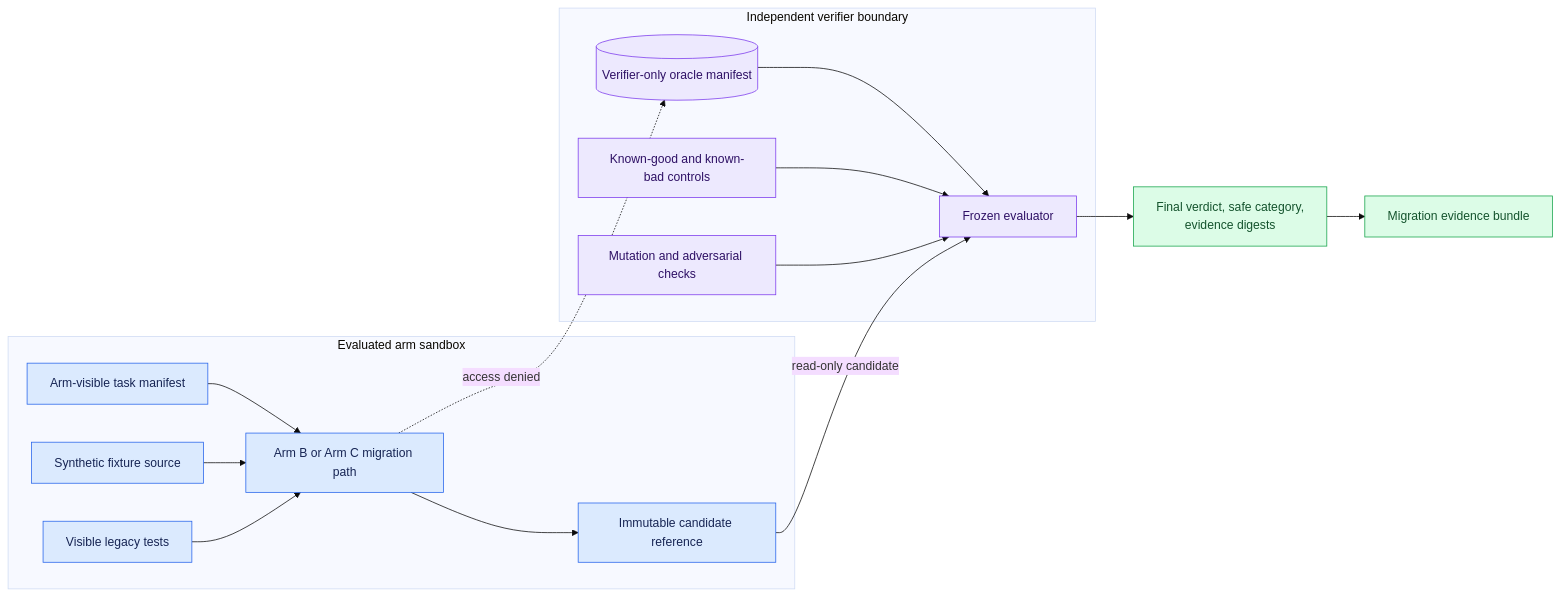
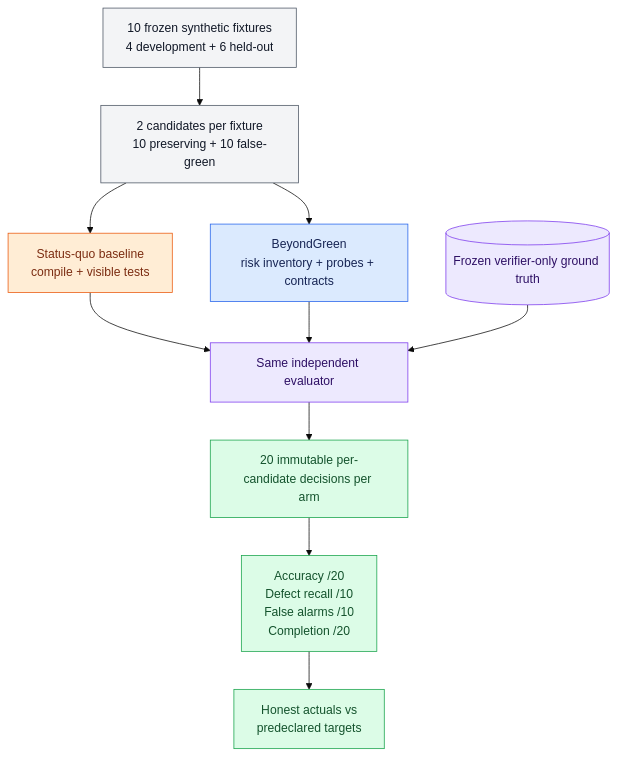
The second of 6 diagrams in docs/DIAGRAMS_RU.md (BolshakovAndrey/micro1-beyondgreen), drawn with Mermaid (base theme) before and after one commit. The commit also changed other lines of this file and 16 other files, not shown here.

Commit message:
feat(Spec):[BeyondGreen] Approve normative v1.1 specification

````diff
--- a/docs/DIAGRAMS_RU.md
+++ b/docs/DIAGRAMS_RU.md
@@ -98,39 +52,26 @@
 ```mermaid
-flowchart LR
-    subgraph ARM["Evaluated arm sandbox"]
-        TASK["Arm-visible task manifest"]
-        SRC["Synthetic fixture source"]
-        TESTS["Visible legacy tests"]
-        AGENT["Arm B or Arm C migration path"]
-        PATCH["Immutable candidate reference"]
+flowchart TB
+    F["10 frozen synthetic fixtures<br/>4 development + 6 held-out"]
+    C["2 candidates per fixture<br/>10 preserving + 10 false-green"]
+    F --> C
+    C --> B["Status-quo baseline<br/>compile + visible tests"]
+    C --> G["BeyondGreen<br/>risk inventory + probes + contracts"]
+    B --> E["Same independent evaluator"]
+    G --> E
+    O[("Frozen verifier-only ground truth")] --> E
+    E --> P["20 immutable per-candidate decisions per arm"]
+    P --> M["Accuracy /20<br/>Defect recall /10<br/>False alarms /10<br/>Completion /20"]
+    M --> X["Honest actuals vs<br/>predeclared targets"]
 
-        TASK --> AGENT
-        SRC --> AGENT
-        TESTS --> AGENT
-        AGENT --> PATCH
-    end
+    classDef input fill:#f3f4f6,stroke:#4b5563,color:#111827;
+    classDef baseline fill:#ffedd5,stroke:#ea580c,color:#7c2d12;
+    classDef bg fill:#dbeafe,stroke:#2563eb,color:#172554;
+    classDef verifier fill:#ede9fe,stroke:#7c3aed,color:#2e1065;
+    classDef result fill:#dcfce7,stroke:#16a34a,color:#14532d;
 
-    subgraph VERIFY["Independent verifier boundary"]
-        ORACLE[("Verifier-only oracle manifest")]
-        CONTROLS["Known-good and known-bad controls"]
-        MUTATION["Mutation and adversarial checks"]
-        EVALUATOR["Frozen evaluator"]
-
-        ORACLE --> EVALUATOR
-        CONTROLS --> EVALUATOR
-        MUTATION --> EVALUATOR
-    end
-
-    PATCH -->|"read-only candidate"| EVALUATOR
-    AGENT -. "access denied" .-> ORACLE
-    EVALUATOR --> RESULT["Final verdict, safe category,<br/>evidence digests"]
-    RESULT --> REPORT["Migration evidence bundle"]
-
-    classDef arm fill:#dbeafe,stroke:#2563eb,color:#172554;
-    classDef verifier fill:#ede9fe,stroke:#7c3aed,color:#2e1065;
-    classDef output fill:#dcfce7,stroke:#16a34a,color:#14532d;
-
-    class TASK,SRC,TESTS,AGENT,PATCH arm;
-    class ORACLE,CONTROLS,MUTATION,EVALUATOR verifier;
-    class RESULT,REPORT output;
+    class F,C input;
+    class B baseline;
+    class G bg;
+    class O,E verifier;
+    class P,M,X result;
 ```
````
